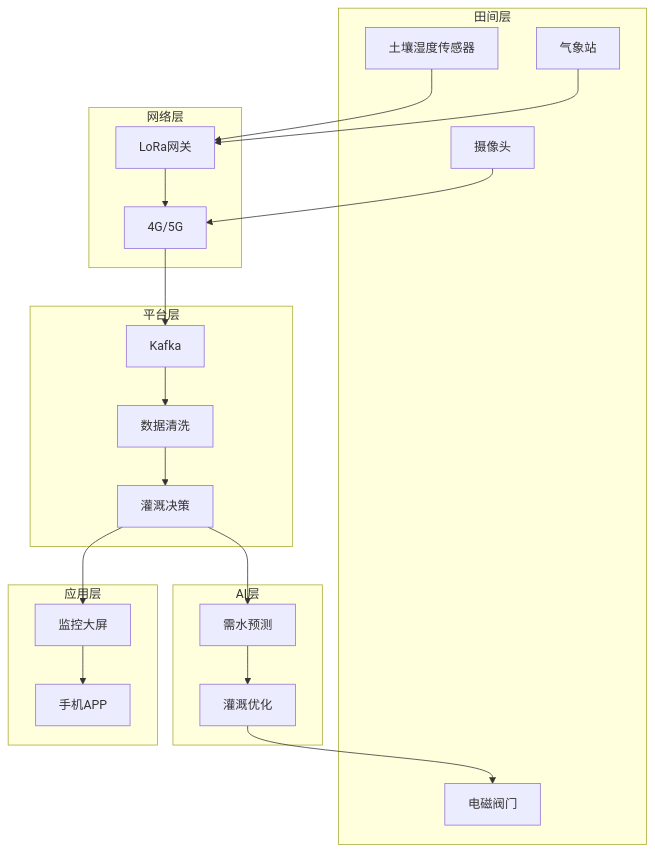
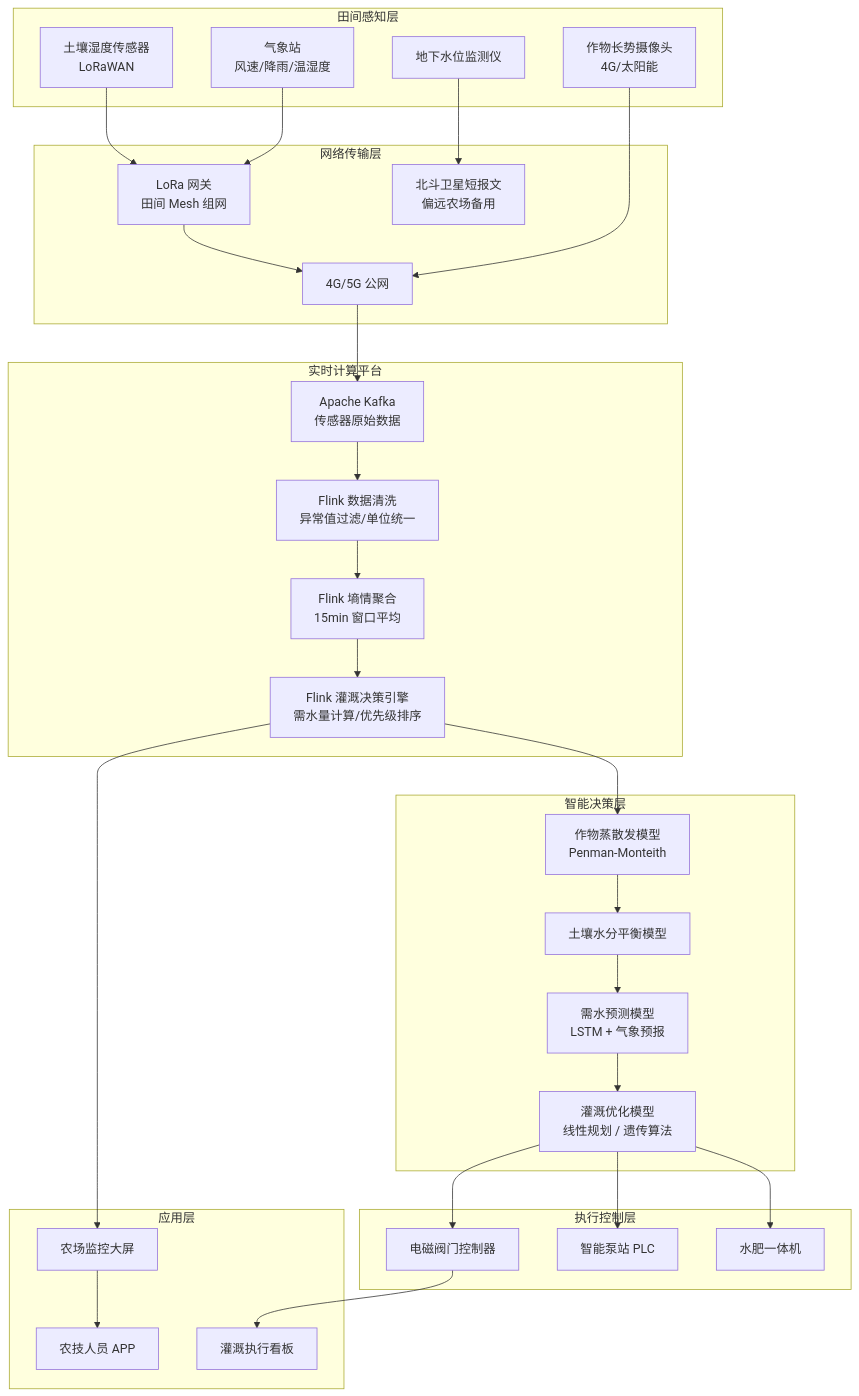
One commit to AdaMartin18010/AnalysisDataFlow changed the diagram in phase2-case-studies/agriculture/11.10.1-smart-irrigation.md. Above: the diagram before and after it, drawn with Mermaid. The commit also changed other lines of this file and 254 other files, not shown here.

````diff
--- a/phase2-case-studies/agriculture/11.10.1-smart-irrigation.md
+++ b/phase2-case-studies/agriculture/11.10.1-smart-irrigation.md
@@ -40,35 +76,51 @@
 ```mermaid
 graph TB
-    subgraph Field[田间层]
-        S1[土壤湿度传感器]
-        S2[气象站]
-        S3[摄像头]
-        V1[电磁阀门]
+    subgraph Field[田间感知层]
+        S1[土壤湿度传感器<br/>LoRaWAN]
+        S2[气象站<br/>风速/降雨/温湿度]
+        S3[作物长势摄像头<br/>4G/太阳能]
+        S4[地下水位监测仪]
     end
-    
-    subgraph Network[网络层]
-        L1[LoRa网关]
-        N1[4G/5G]
+
+    subgraph Network[网络传输层]
+        L1[LoRa 网关<br/>田间 Mesh 组网]
+        N1[4G/5G 公网]
+        N2[北斗卫星短报文<br/>偏远农场备用]
     end
-    
-    subgraph Platform[平台层]
-        K1[Kafka]
-        F1[数据清洗]
-        F2[灌溉决策]
+
+    subgraph Platform[实时计算平台]
+        K1[Apache Kafka<br/>传感器原始数据]
+        F1[Flink 数据清洗<br/>异常值过滤/单位统一]
+        F2[Flink 墒情聚合<br/>15min 窗口平均]
+        F3[Flink 灌溉决策引擎<br/>需水量计算/优先级排序]
     end
-    
-    subgraph AI[AI层]
-        M1[需水预测]
-        M2[灌溉优化]
+
+    subgraph AI[智能决策层]
+        M1[作物蒸散发模型<br/>Penman-Monteith]
+        M2[土壤水分平衡模型]
+        M3[需水预测模型<br/>LSTM + 气象预报]
+        M4[灌溉优化模型<br/>线性规划 / 遗传算法]
     end
-    
+
+    subgraph Control[执行控制层]
+        C1[电磁阀门控制器]
+        C2[智能泵站 PLC]
+        C3[水肥一体机]
+    end
+
     subgraph App[应用层]
-        A1[监控大屏]
-        A2[手机APP]
+        A1[农场监控大屏]
+        A2[农技人员 APP]
+        A3[灌溉执行看板]
     end
-    
-    S1 --> L1 --> N1 --> K1 --> F1 --> F2 --> M1 --> M2 --> V1
+
+    S1 --> L1 --> N1 --> K1 --> F1 --> F2 --> F3
     S2 --> L1
     S3 --> N1
-    F2 --> A1 --> A2
+    S4 --> N2
+    F3 --> M1 --> M2 --> M3 --> M4 --> C1
+    M4 --> C2
+    M4 --> C3
+    F3 --> A1 --> A2
+    C1 --> A3
 ```
````
